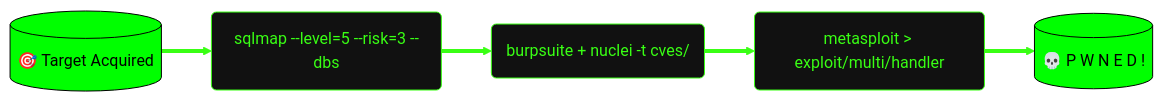
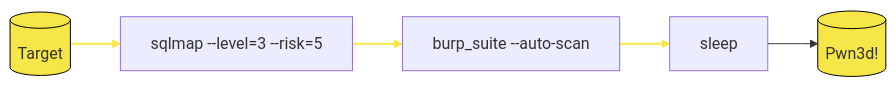
The diagram in README.md (mrci0x1/mrci0x1), drawn with Mermaid before and after one commit. The commit also changed other lines of this file, not shown here.

````diff
--- a/README.md
+++ b/README.md
@@ -14,13 +10,12 @@
 ```mermaid
 graph LR
-    A[("🎯 Target Acquired")] --> B(sqlmap --level=5 --risk=3 --dbs)
-    B --> C(burpsuite + nuclei -t cves/)
-    C --> D(metasploit > exploit/multi/handler)
-    D --> E[("💀 P W N E D !")]
-    style A fill:#0f0,stroke:#000,color:#000
-    style E fill:#0f0,stroke:#000,color:#000
-    style B fill:#111,stroke:#39FF14,color:#39FF14
-    style C fill:#111,stroke:#39FF14,color:#39FF14
-    style D fill:#111,stroke:#39FF14,color:#39FF14
-    linkStyle 0,1,2,3 stroke:#39FF14,stroke-width:4px
+    A[("Target")] --> B[sqlmap --level=3 --risk=5]
+    B --> C[burp_suite --auto-scan]
+    C --> D[sleep]
+    D --> E[("Pwn3d!")]
+    style A fill:#F7E647,stroke:#000
+    style E fill:#F7E647,stroke:#000
+    linkStyle 0 stroke:#F7E647,stroke-width:2px
+    linkStyle 1 stroke:#F7E647,stroke-width:2px
+    linkStyle 2 stroke:#F7E647,stroke-width:2px
 ```
````
